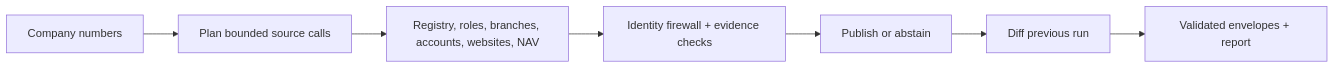
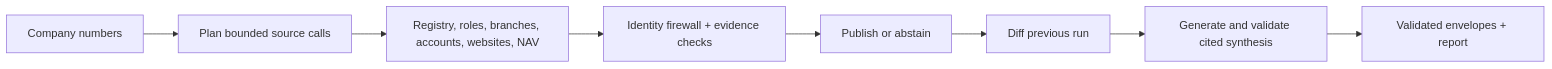
The diagram in README.md (NethraVenkat/signalpost-agent), drawn with Mermaid before and after one commit. The commit also changed other lines of this file and 30 other files, not shown here.

````diff
--- a/README.md
+++ b/README.md
@@ -9,9 +9,10 @@
 ```mermaid
 flowchart LR
     Input[Company numbers] --> Plan[Plan bounded source calls]
     Plan --> Tools[Registry, roles, branches, accounts, websites, NAV]
     Tools --> Verify[Identity firewall + evidence checks]
     Verify --> Publish[Publish or abstain]
     Publish --> Diff[Diff previous run]
-    Diff --> Output[Validated envelopes + report]
+    Diff --> Summary[Generate and validate cited synthesis]
+    Summary --> Output[Validated envelopes + report]
 ```
````
